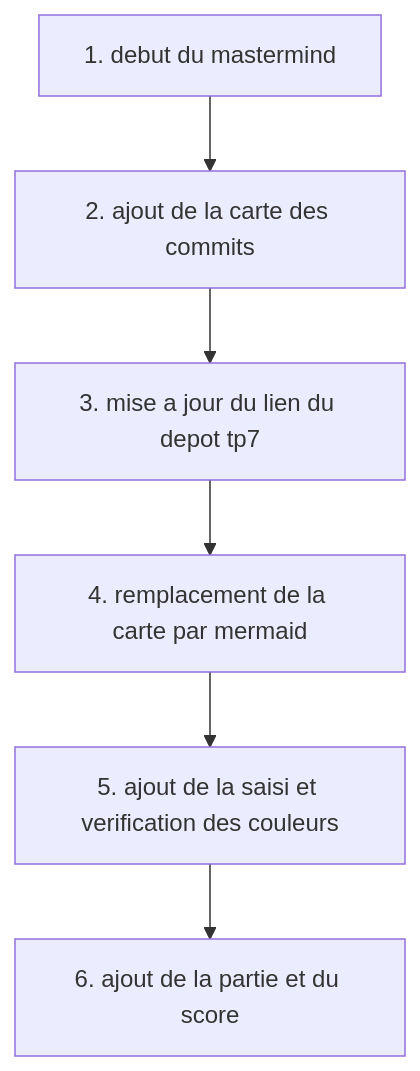
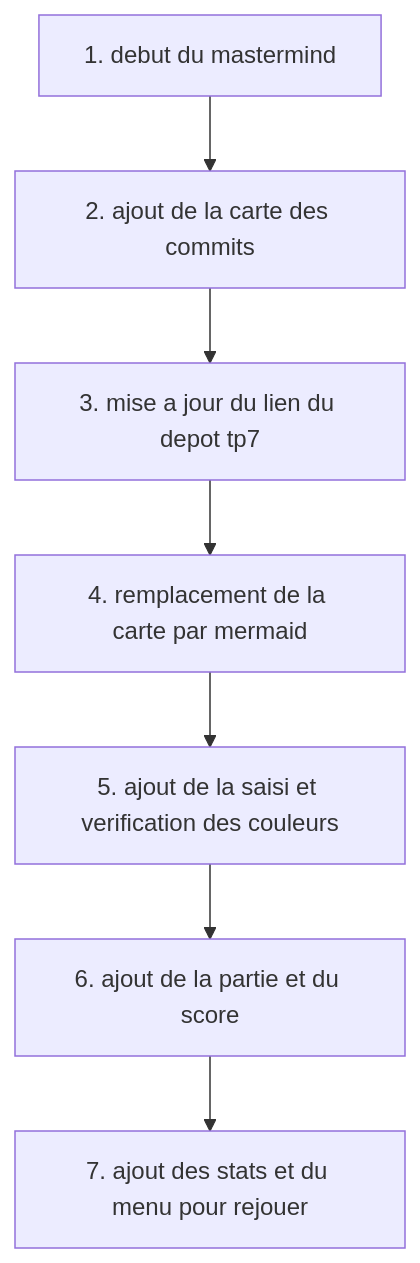
One commit to caroneloham/polytech-dijon-soutien changed the diagram in README.md. Above: the diagram before and after it, drawn with Mermaid. The commit also changed 1 other file, not shown here.

Commit message:
ajout des stats et du menu pour rejouer

````diff
--- a/README.md
+++ b/README.md
@@ -1,14 +1,16 @@
 ```mermaid
 flowchart TD
     C1["1. debut du mastermind"]
     C2["2. ajout de la carte des commits"]
     C1 --> C2
     C3["3. mise a jour du lien du depot tp7"]
     C2 --> C3
     C4["4. remplacement de la carte par mermaid"]
     C3 --> C4
     C5["5. ajout de la saisi et verification des couleurs"]
     C4 --> C5
     C6["6. ajout de la partie et du score"]
     C5 --> C6
+    C7["7. ajout des stats et du menu pour rejouer"]
+    C6 --> C7
 ```
````
